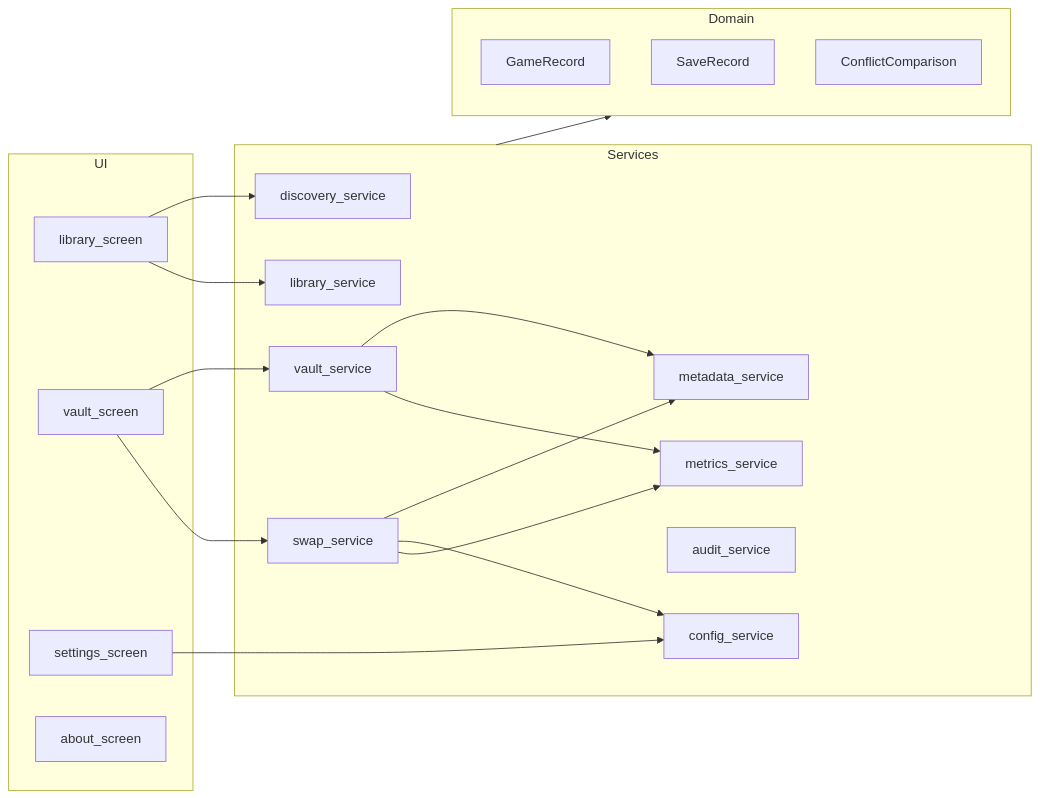
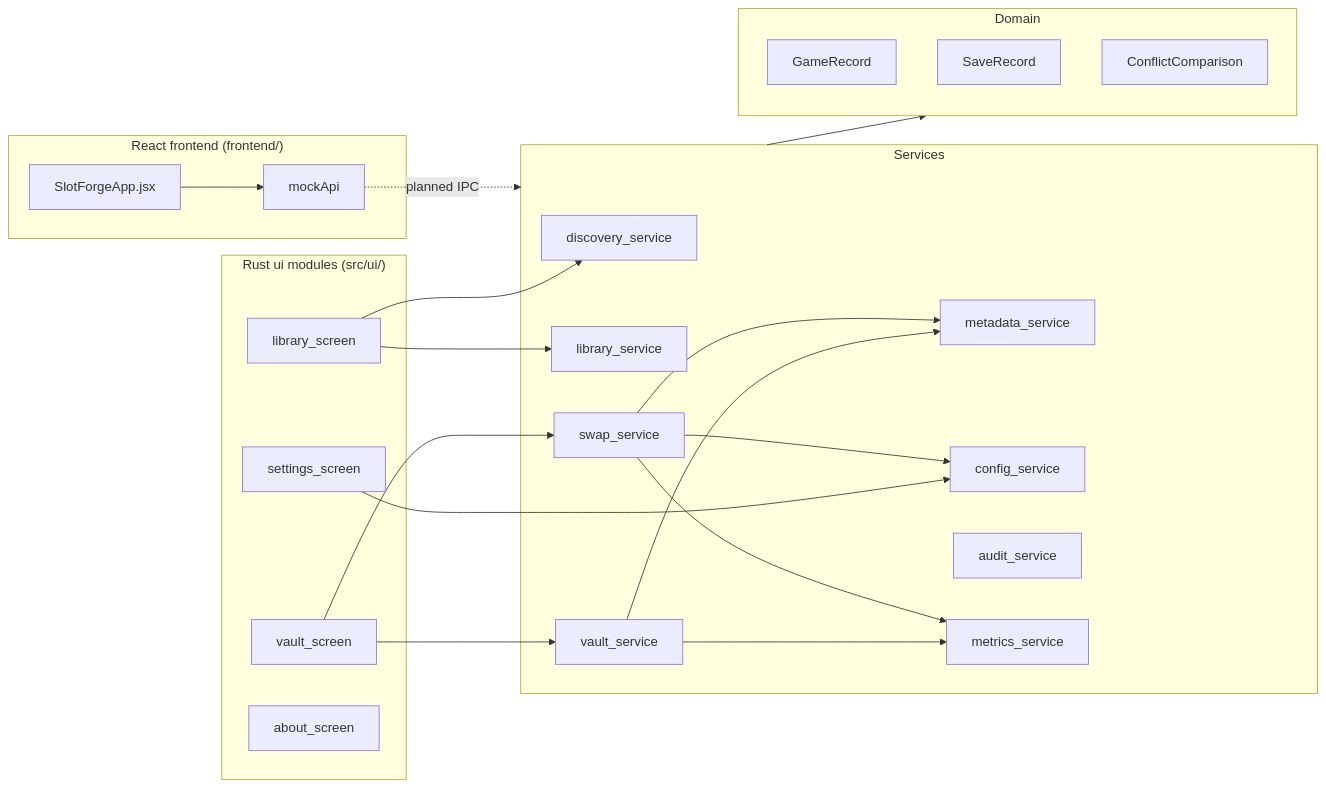
One commit to squareguard/SlotForge changed the diagram in README.md. Above: the diagram before and after it, drawn with Mermaid. The commit also changed other lines of this file, not shown here.

````diff
--- a/README.md
+++ b/README.md
@@ -156,38 +212,45 @@
 ```mermaid
 flowchart LR
-  subgraph UI
+  subgraph React["React frontend (frontend/)"]
+    App[SlotForgeApp.jsx]
+    Mock[mockApi]
+    App --> Mock
+  end
+
+  subgraph RustUI["Rust ui modules (src/ui/)"]
     Library[library_screen]
     Vault[vault_screen]
     Settings[settings_screen]
     About[about_screen]
   end
 
   subgraph Services
     Discovery[discovery_service]
     LibrarySvc[library_service]
     VaultSvc[vault_service]
     Swap[swap_service]
     Meta[metadata_service]
     Config[config_service]
     Audit[audit_service]
     Metrics[metrics_service]
   end
 
   subgraph Domain
     Game[GameRecord]
     Save[SaveRecord]
     Conflict[ConflictComparison]
   end
 
+  Mock -.->|planned IPC| Services
   Library --> Discovery
   Library --> LibrarySvc
   Vault --> VaultSvc
   Vault --> Swap
   Settings --> Config
   VaultSvc --> Meta
   Swap --> Meta
   Swap --> Config
   VaultSvc --> Metrics
   Swap --> Metrics
   Services --> Domain
 ```
````
